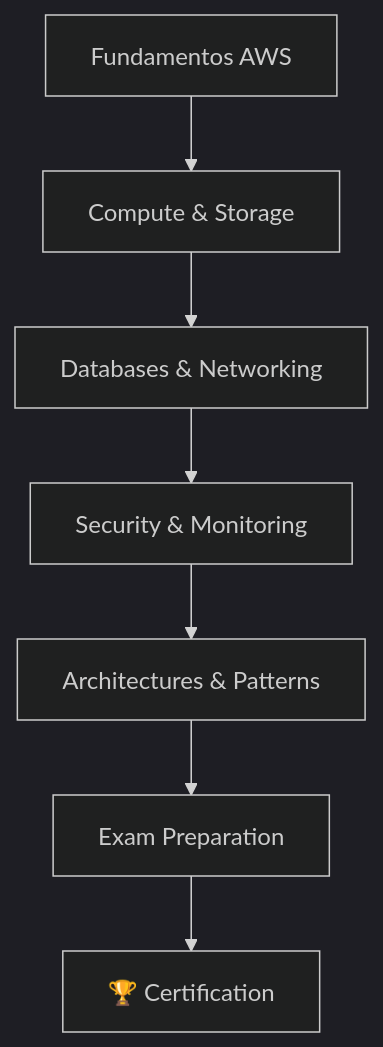
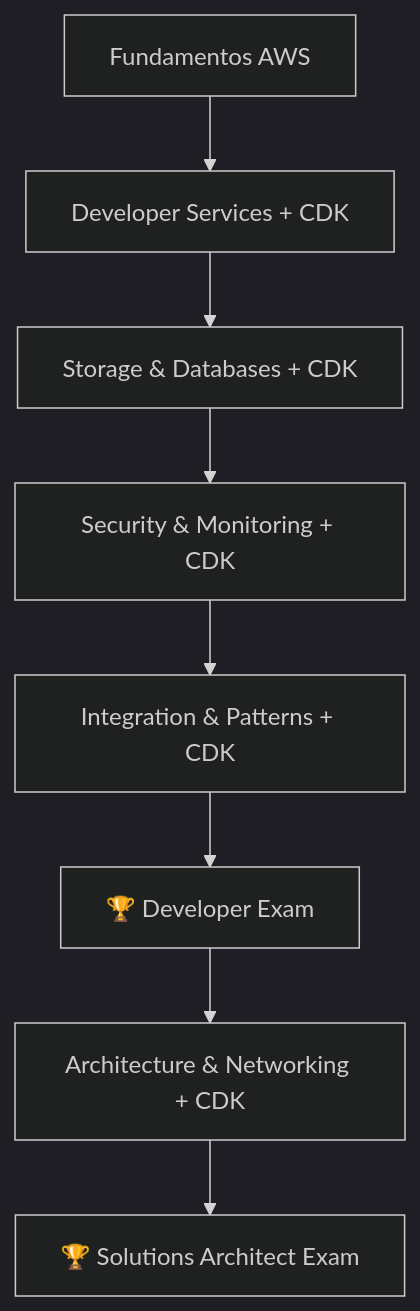
The diagram in 01 Indice General/MOC - AWS.md (andressep95/ObsidianVault), drawn with Mermaid (dark theme) before and after one commit. The commit also changed other lines of this file, not shown here.

````diff
--- a/01 Indice General/MOC - AWS.md
+++ b/01 Indice General/MOC - AWS.md
@@ -20,9 +38,10 @@
 ```mermaid
 graph TD
-    A[Fundamentos AWS] --> B[Compute & Storage]
-    B --> C[Databases & Networking]
-    C --> D[Security & Monitoring]
-    D --> E[Architectures & Patterns]
-    E --> F[Exam Preparation]
-    F --> G[🏆 Certification]
+    A[Fundamentos AWS] --> B[Developer Services + CDK]
+    B --> C[Storage & Databases + CDK]
+    C --> D[Security & Monitoring + CDK]
+    D --> E[Integration & Patterns + CDK]
+    E --> F[🏆 Developer Exam]
+    F --> G[Architecture & Networking + CDK]
+    G --> H[🏆 Solutions Architect Exam]
 ```
````
